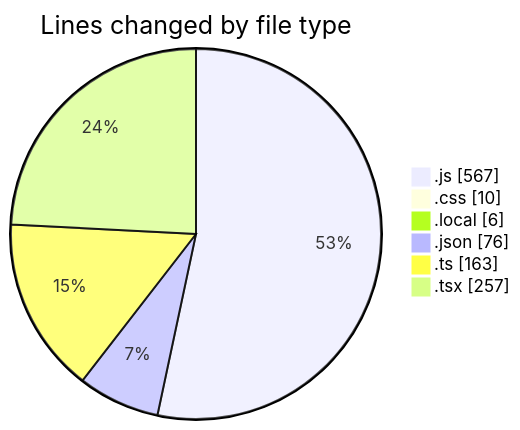
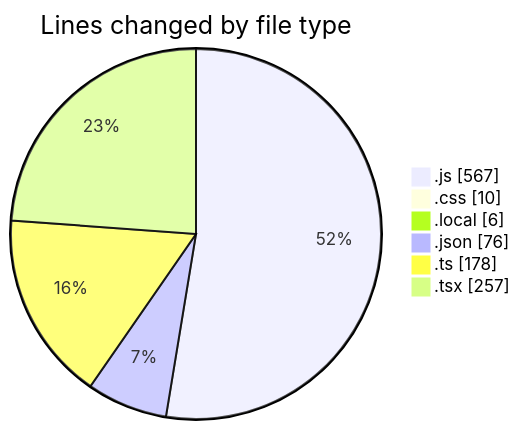
One commit to Ritupan-Deka/code-tracking changed the first of 2 diagrams in 2025-05-04/houserentalservice/README.md. Above: the diagram before and after it, drawn with Mermaid. The commit also changed other lines of this file and 1 other file, not shown here.

````diff
--- a/2025-05-04/houserentalservice/README.md
+++ b/2025-05-04/houserentalservice/README.md
@@ -50,10 +50,10 @@
 ```mermaid
 pie showData
 title Lines changed by file type
 ".js" : 567
 ".css" : 10
 ".local" : 6
 ".json" : 76
-".ts" : 163
+".ts" : 178
 ".tsx" : 257
 ```
````
